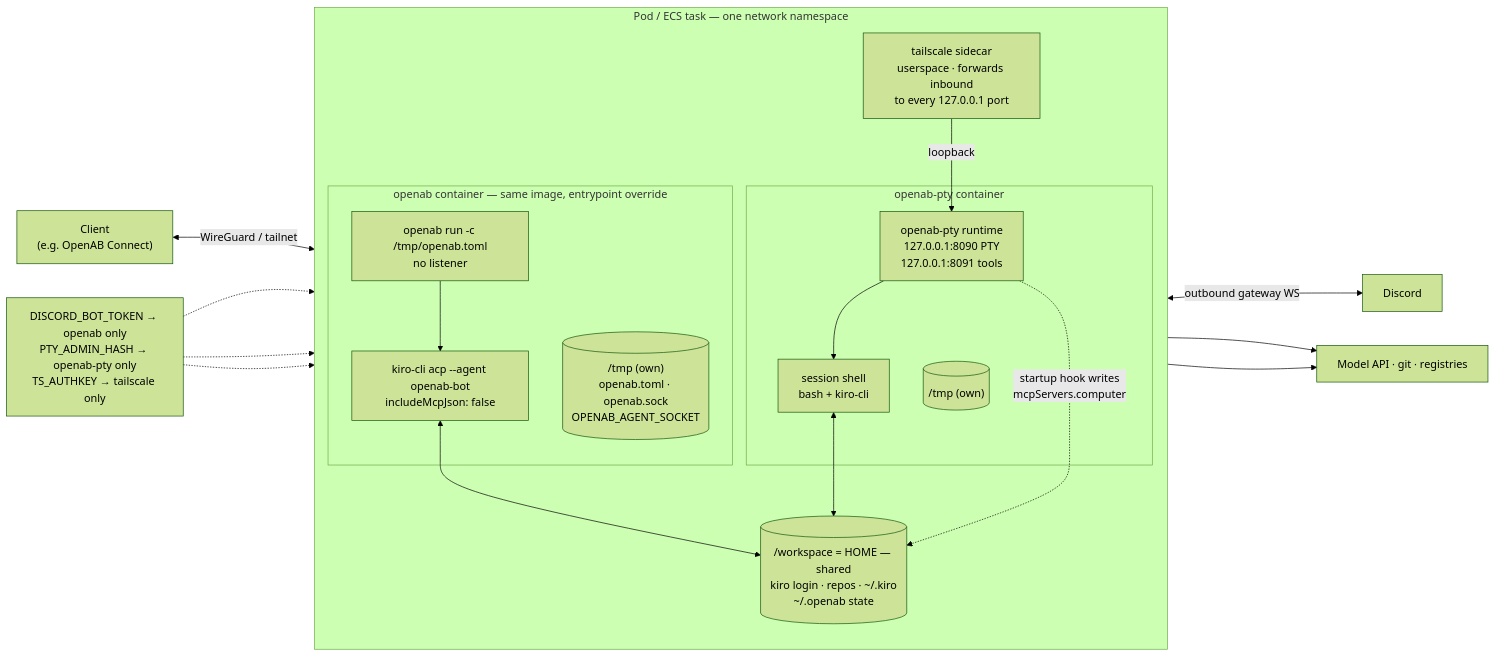
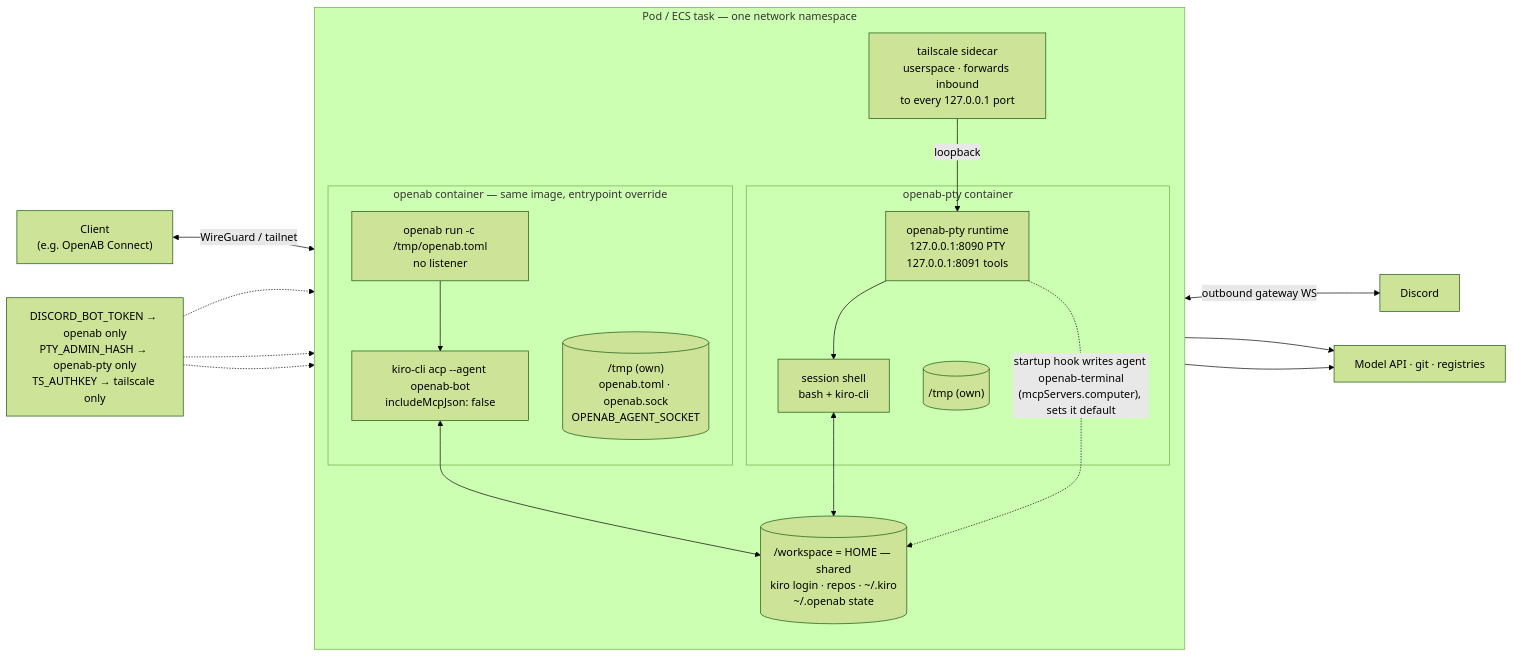
Before and after one commit to openabdev/openab-pty: the diagram in docs/colocated-openab.md, drawn with Mermaid (forest theme). The commit also changed other lines of this file and 6 other files, not shown here.

First line of the commit message:
fix(hook): keep the PTY-only computer MCP entry out of the shared mcp.json (#76) (#84)

````diff
--- a/docs/colocated-openab.md
+++ b/docs/colocated-openab.md
@@ -21,42 +21,42 @@
 ```mermaid
 flowchart LR
   client["Client<br/>(e.g. OpenAB Connect)"]
   chat["Discord"]
   model["Model API · git · registries"]
 
   subgraph unit["Pod / ECS task — one network namespace"]
     direction TB
     ts["tailscale sidecar<br/>userspace · forwards inbound<br/>to every 127.0.0.1 port"]
 
     subgraph ptyc["openab-pty container"]
       pty["openab-pty runtime<br/>127.0.0.1:8090 PTY<br/>127.0.0.1:8091 tools"]
       shell["session shell<br/>bash + kiro-cli"]
       ptmp[("/tmp (own)")]
     end
 
     subgraph oabc["openab container — same image, entrypoint override"]
       oab["openab run -c /tmp/openab.toml<br/>no listener"]
       acp["kiro-cli acp --agent openab-bot<br/>includeMcpJson: false"]
       otmp[("/tmp (own)<br/>openab.toml · openab.sock<br/>OPENAB_AGENT_SOCKET")]
     end
 
     ws[("/workspace = HOME — shared<br/>kiro login · repos · ~/.kiro<br/>~/.openab state")]
 
     ts -->|loopback| pty
     pty --> shell
     oab --> acp
     shell <--> ws
     acp <--> ws
-    pty -. "startup hook writes<br/>mcpServers.computer" .-> ws
+    pty -. "startup hook writes agent openab-terminal<br/>(mcpServers.computer), sets it default" .-> ws
   end
 
   client <-->|WireGuard / tailnet| ts
   oab <-->|outbound gateway WS| chat
   shell --> model
   acp --> model
 
   secrets["DISCORD_BOT_TOKEN → openab only<br/>PTY_ADMIN_HASH → openab-pty only<br/>TS_AUTHKEY → tailscale only"]
   secrets -.-> oab
   secrets -.-> pty
   secrets -.-> ts
 ```
````
